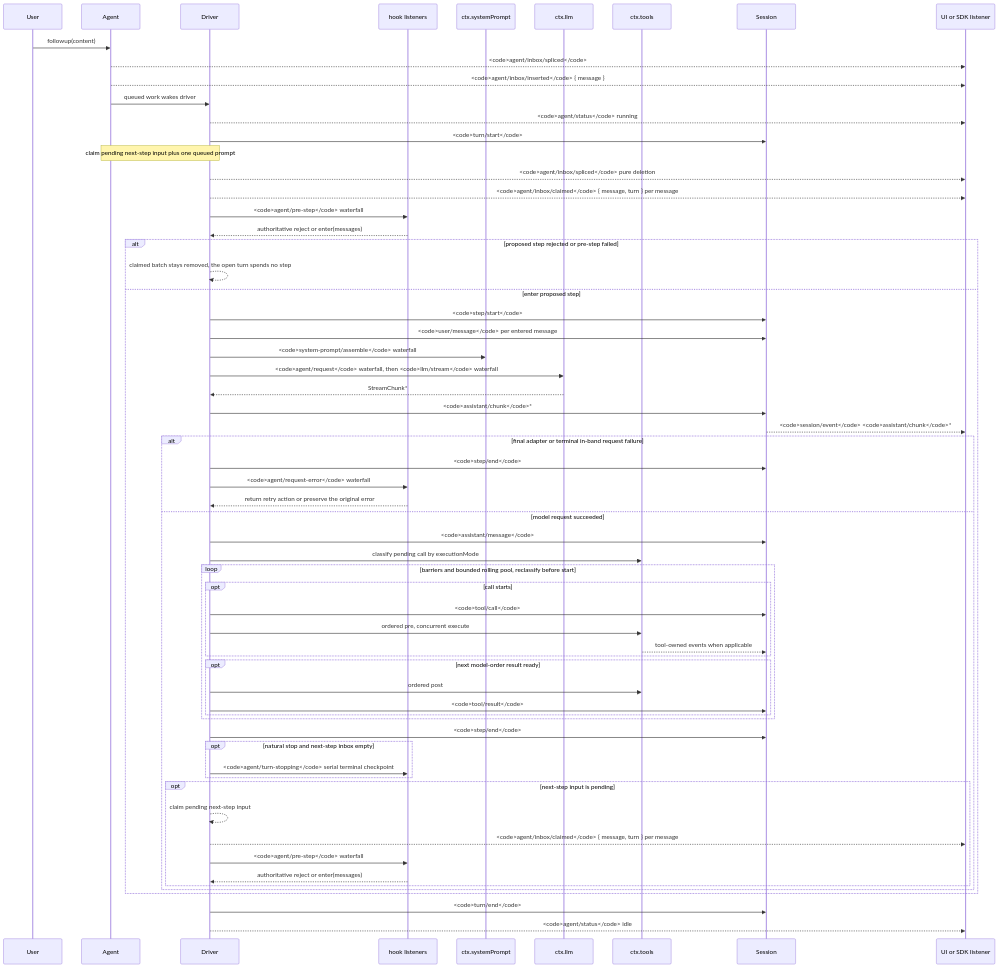
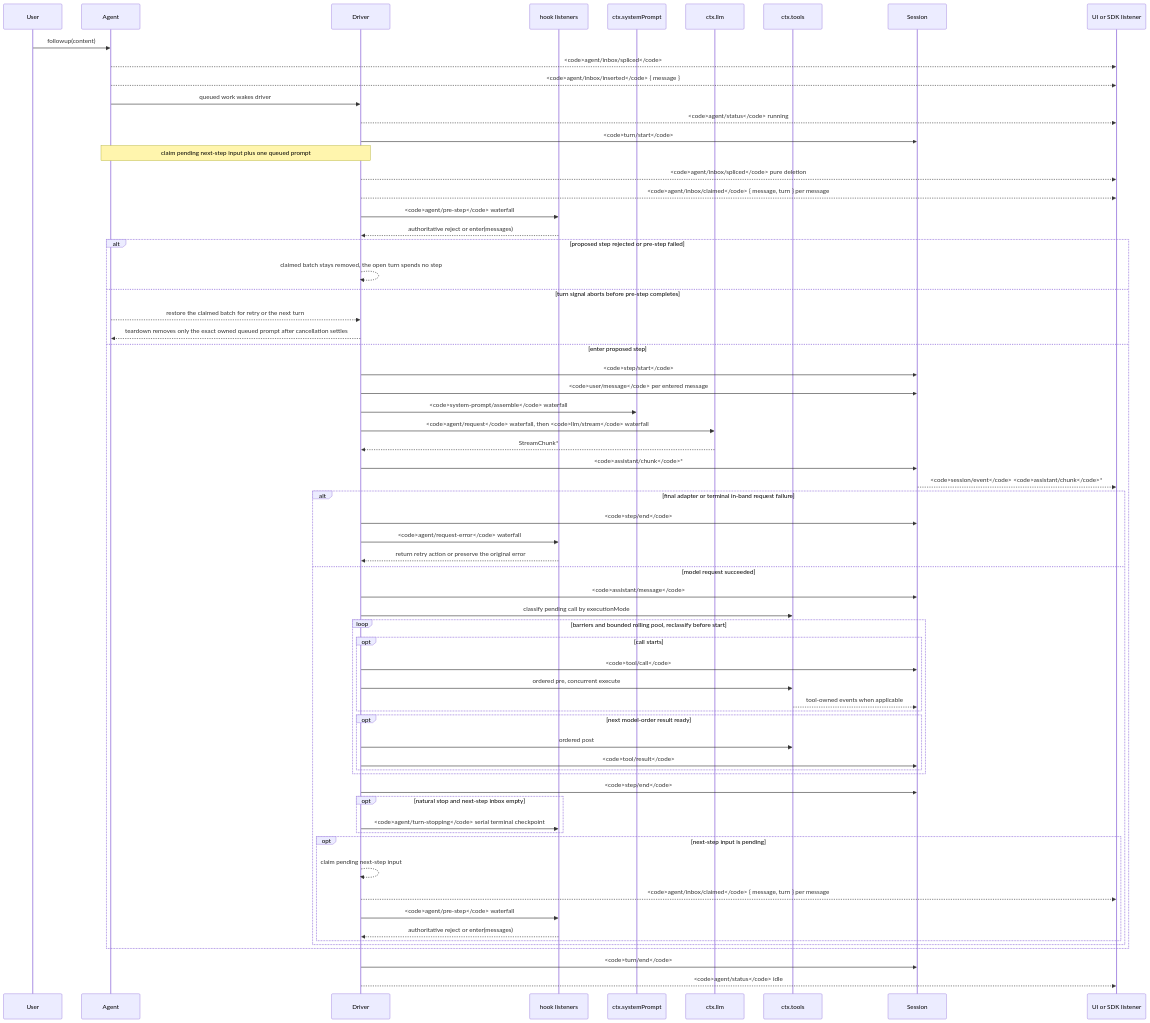
Before and after one commit to Abaddollyon/deepseek-harness: the diagram in docs/agent-lifecycle.md, drawn with Mermaid. The commit also changed 45 other files, not shown here.

First line of the commit message:
reconcile(alpha5): b06-session-lifecycle — agent-loop inbox restore/flush + bounded JSONL listing (#23) (#38)

````diff
--- a/docs/agent-lifecycle.md
+++ b/docs/agent-lifecycle.md
@@ -8,65 +8,68 @@
 ```mermaid
 sequenceDiagram
   participant User
   participant Agent
   participant Driver
   participant Hooks as hook listeners
   participant Prompt as ctx.systemPrompt
   participant LLM as ctx.llm
   participant Tools as ctx.tools
   participant Session
   participant SDK as UI or SDK listener
   User->>Agent: followup(content)
   Agent-->>SDK: <code>agent/inbox/spliced</code>
   Agent-->>SDK: <code>agent/inbox/inserted</code> { message }
   Agent->>Driver: queued work wakes driver
   Driver-->>SDK: <code>agent/status</code> running
   Driver->>Session: <code>turn/start</code>
   Note over Agent,Driver: claim pending next-step input plus one queued prompt
   Driver-->>SDK: <code>agent/inbox/spliced</code> pure deletion
   Driver-->>SDK: <code>agent/inbox/claimed</code> { message, turn } per message
   Driver->>Hooks: <code>agent/pre-step</code> waterfall
   Hooks-->>Driver: authoritative reject or enter(messages)
   alt proposed step rejected or pre-step failed
     Driver-->>Driver: claimed batch stays removed, the open turn spends no step
+  else turn signal aborts before pre-step completes
+    Agent-->>Driver: restore the claimed batch for retry or the next turn
+    Driver-->>Agent: teardown removes only the exact owned queued prompt after cancellation settles
   else enter proposed step
   Driver->>Session: <code>step/start</code>
   Driver->>Session: <code>user/message</code> per entered message
   Driver->>Prompt: <code>system-prompt/assemble</code> waterfall
   Driver->>LLM: <code>agent/request</code> waterfall, then <code>llm/stream</code> waterfall
   LLM-->>Driver: StreamChunk*
   Driver->>Session: <code>assistant/chunk</code>*
   Session-->>SDK: <code>session/event</code> <code>assistant/chunk</code>*
   alt final adapter or terminal in-band request failure
     Driver->>Session: <code>step/end</code>
     Driver->>Hooks: <code>agent/request-error</code> waterfall
     Hooks-->>Driver: return retry action or preserve the original error
   else model request succeeded
   Driver->>Session: <code>assistant/message</code>
   Driver->>Tools: classify pending call by executionMode
   loop barriers and bounded rolling pool, reclassify before start
     opt call starts
       Driver->>Session: <code>tool/call</code>
       Driver->>Tools: ordered pre, concurrent execute
       Tools-->>Session: tool-owned events when applicable
     end
     opt next model-order result ready
       Driver->>Tools: ordered post
       Driver->>Session: <code>tool/result</code>
     end
   end
   Driver->>Session: <code>step/end</code>
   opt natural stop and next-step inbox empty
     Driver->>Hooks: <code>agent/turn-stopping</code> serial terminal checkpoint
   end
   opt next-step input is pending
     Driver-->>Driver: claim pending next-step input
     Driver-->>SDK: <code>agent/inbox/claimed</code> { message, turn } per message
     Driver->>Hooks: <code>agent/pre-step</code> waterfall
     Hooks-->>Driver: authoritative reject or enter(messages)
   end
   end
   end
   Driver->>Session: <code>turn/end</code>
   Driver-->>SDK: <code>agent/status</code> idle
 ```
````
